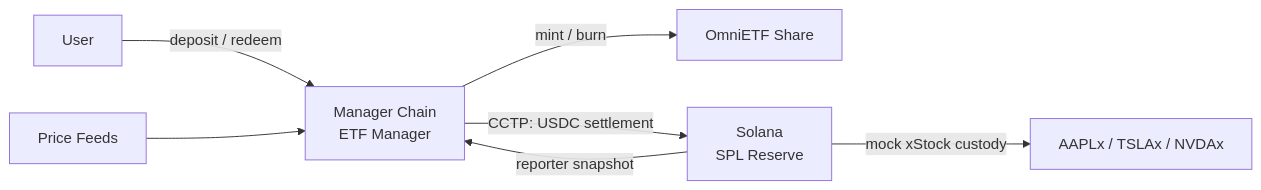
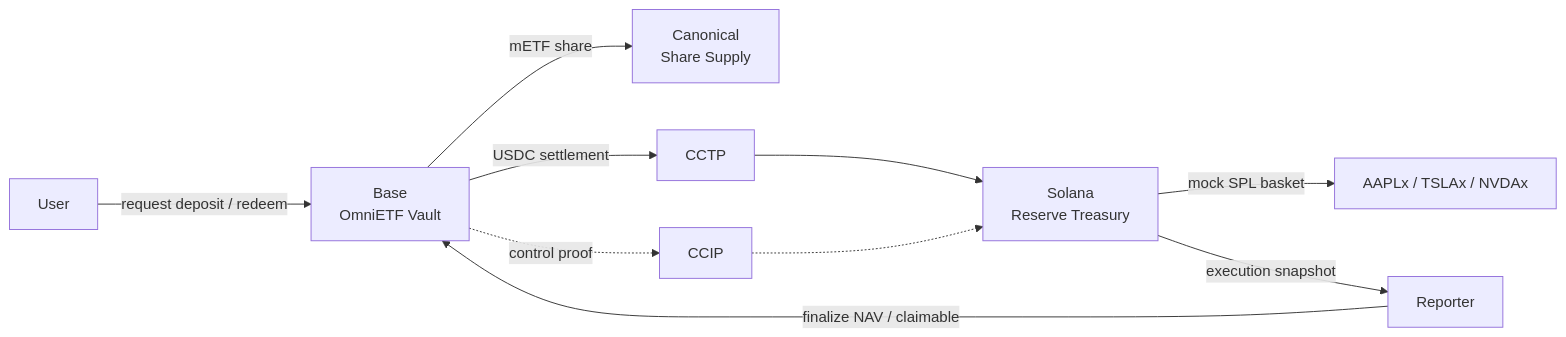
One commit to Ham3798/OmniETF changed the first of 3 diagrams in slides.md. Above: the diagram before and after it, drawn with Mermaid. The commit also changed other lines of this file and 68 other files, not shown here.

First line of the commit message:
Position OmniETF as evidence-driven async vault demo

````diff
--- a/slides.md
+++ b/slides.md
@@ -305,9 +351,12 @@
 ```mermaid
 flowchart LR
-  U["User"] -->|"deposit / redeem"| M["Manager Chain\nETF Manager"]
-  M -->|"mint / burn"| Y["OmniETF Share"]
-  M -->|"CCTP: USDC settlement"| R["Solana\nSPL Reserve"]
-  R -->|"mock xStock custody"| X["AAPLx / TSLAx / NVDAx"]
-  R -->|"reporter snapshot"| M
-  P["Price Feeds"] --> M
+  U["User"] -->|"request deposit / redeem"| B["Base\nOmniETF Vault"]
+  B -->|"mETF share"| M["Canonical\nShare Supply"]
+  B -->|"USDC settlement"| C["CCTP"]
+  C --> R["Solana\nReserve Treasury"]
+  R -->|"mock SPL basket"| X["AAPLx / TSLAx / NVDAx"]
+  R -->|"execution snapshot"| P["Reporter"]
+  P -->|"finalize NAV / claimable"| B
+  B -.->|"control proof"| K["CCIP"]
+  K -.-> R
 ```
````
